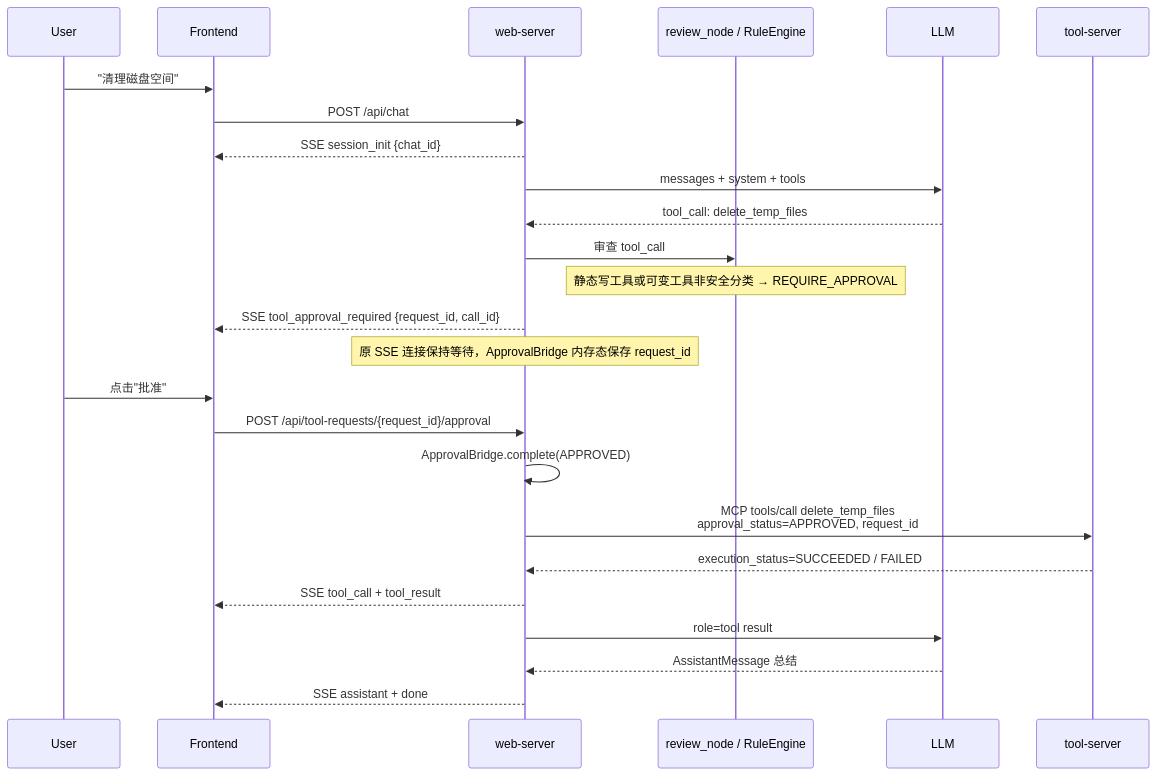
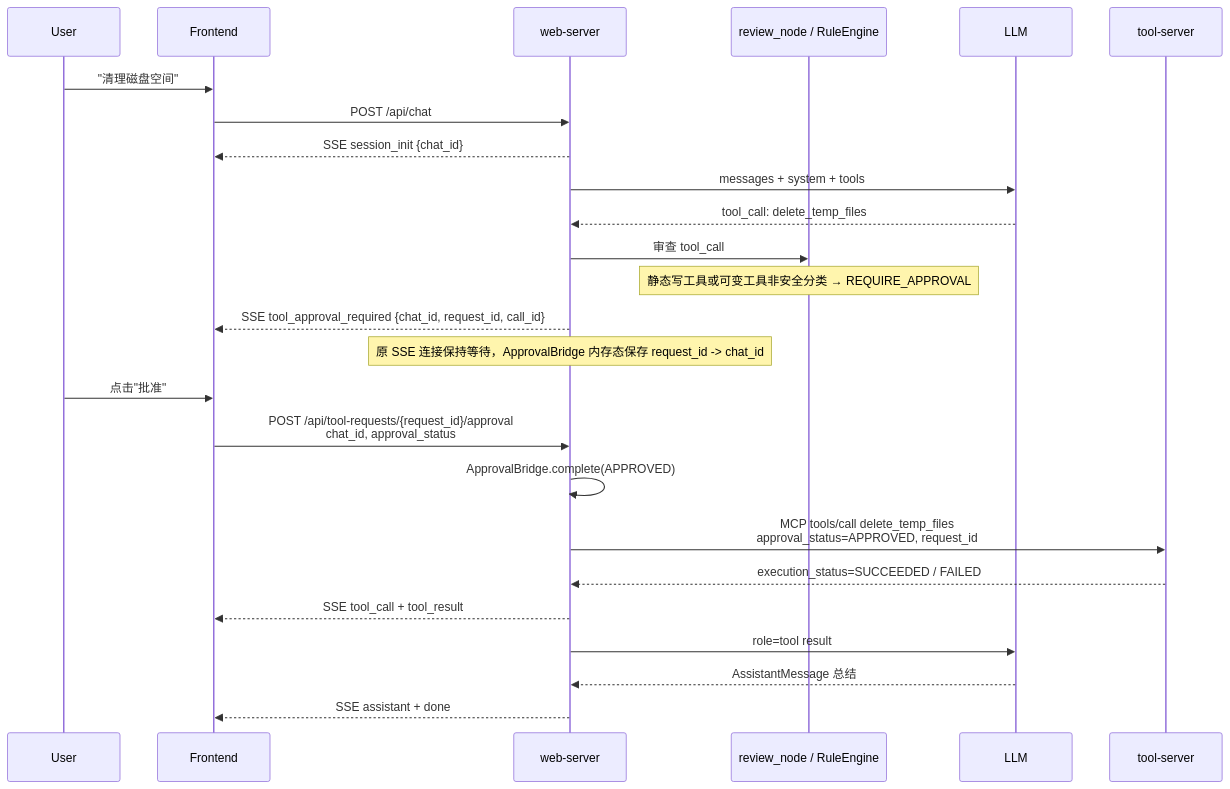
The second of 4 diagrams in docs/详细设计.md (nazzeDe/alascup-agent), drawn with Mermaid before and after one commit. The commit also changed other lines of this file and 77 other files, not shown here.

````diff
--- a/docs/详细设计.md
+++ b/docs/详细设计.md
@@ -44,28 +44,28 @@
 ```mermaid
 sequenceDiagram
     participant user as User
     participant front as Frontend
     participant web as web-server
     participant sec as review_node / RuleEngine
     participant llm as LLM
     participant tool as tool-server
 
     user->>front: "清理磁盘空间"
     front->>web: POST /api/chat
     web-->>front: SSE session_init {chat_id}
     web->>llm: messages + system + tools
     llm-->>web: tool_call: delete_temp_files
     web->>sec: 审查 tool_call
     Note over sec: 静态写工具或可变工具非安全分类 → REQUIRE_APPROVAL
-    web-->>front: SSE tool_approval_required {request_id, call_id}
-    Note over web: 原 SSE 连接保持等待，ApprovalBridge 内存态保存 request_id
+    web-->>front: SSE tool_approval_required {chat_id, request_id, call_id}
+    Note over web: 原 SSE 连接保持等待，ApprovalBridge 内存态保存 request_id -> chat_id
     user->>front: 点击"批准"
-    front->>web: POST /api/tool-requests/{request_id}/approval
+    front->>web: POST /api/tool-requests/{request_id}/approval<br/>chat_id, approval_status
     web->>web: ApprovalBridge.complete(APPROVED)
     web->>tool: MCP tools/call delete_temp_files<br/>approval_status=APPROVED, request_id
     tool-->>web: execution_status=SUCCEEDED / FAILED
     web-->>front: SSE tool_call + tool_result
     web->>llm: role=tool result
     llm-->>web: AssistantMessage 总结
     web-->>front: SSE assistant + done
 ```
````
